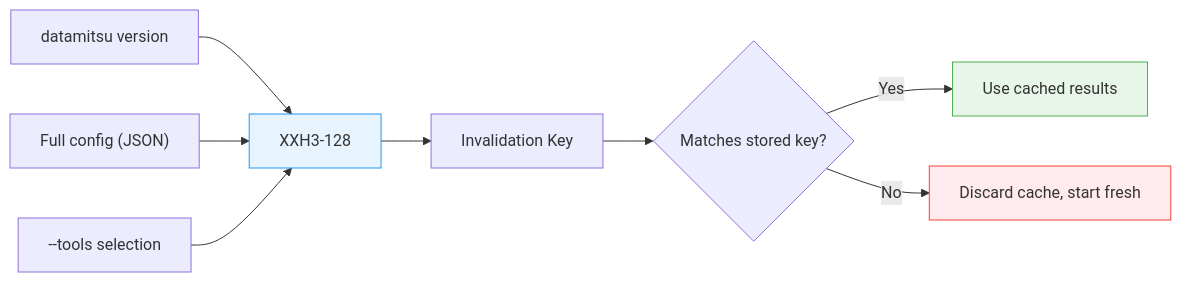
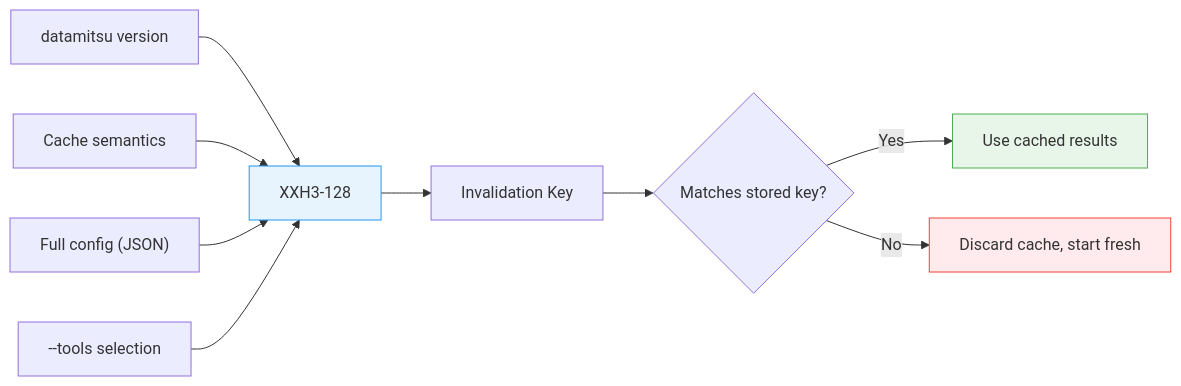
One commit to datamitsu/datamitsu changed the first of 2 diagrams in internal/llmsdocs/embed/pages/guides/architecture/caching.md. Above: the diagram before and after it, drawn with Mermaid. The commit also changed other lines of this file and 205 other files, not shown here.

````diff
--- a/internal/llmsdocs/embed/pages/guides/architecture/caching.md
+++ b/internal/llmsdocs/embed/pages/guides/architecture/caching.md
@@ -18,14 +18,15 @@
 ```mermaid
 graph LR
     V["datamitsu version"] --> H["XXH3-128"]
+    S["Cache semantics"] --> H
     C["Full config (JSON)"] --> H
     T["--tools selection"] --> H
     H --> K["Invalidation Key"]
     K --> D{"Matches stored key?"}
     D -->|"Yes"| U["Use cached results"]
     D -->|"No"| R["Discard cache, start fresh"]
 
     style H fill:#e8f4fd,stroke:#2196f3
     style U fill:#e8f5e9,stroke:#4caf50
     style R fill:#ffebee,stroke:#f44336
 ```
````
